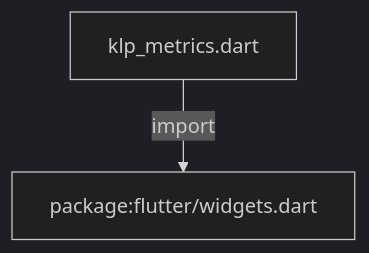
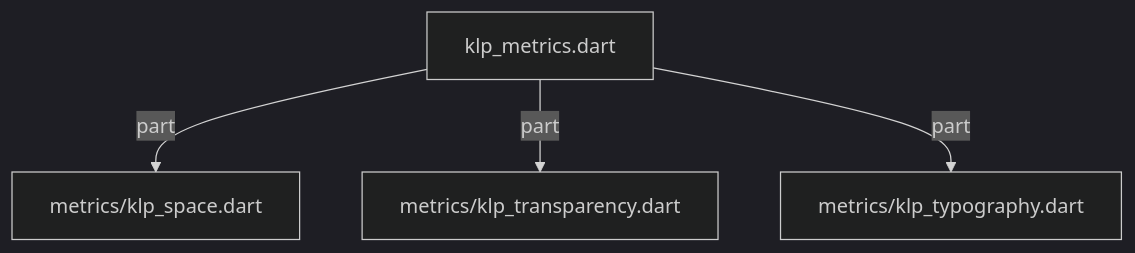
One commit to MiuDog/Kallopis changed the second of 2 diagrams in docs/architecture/src/foundation/klp_metrics.md. Above: the diagram before and after it, drawn with Mermaid (dark theme). The commit also changed other lines of this file and 3539 other files, not shown here.

````diff
--- a/docs/architecture/src/foundation/klp_metrics.md
+++ b/docs/architecture/src/foundation/klp_metrics.md
@@ -11,6 +38,10 @@
 ```mermaid
 flowchart TD
 	n0["klp_metrics.dart"]
-	n1["package:flutter/widgets.dart"]
-	n0 -->|"import"| n1
+	n1["metrics/klp_space.dart"]
+	n2["metrics/klp_transparency.dart"]
+	n3["metrics/klp_typography.dart"]
+	n0 -->|"part"| n1
+	n0 -->|"part"| n2
+	n0 -->|"part"| n3
 ```
````
